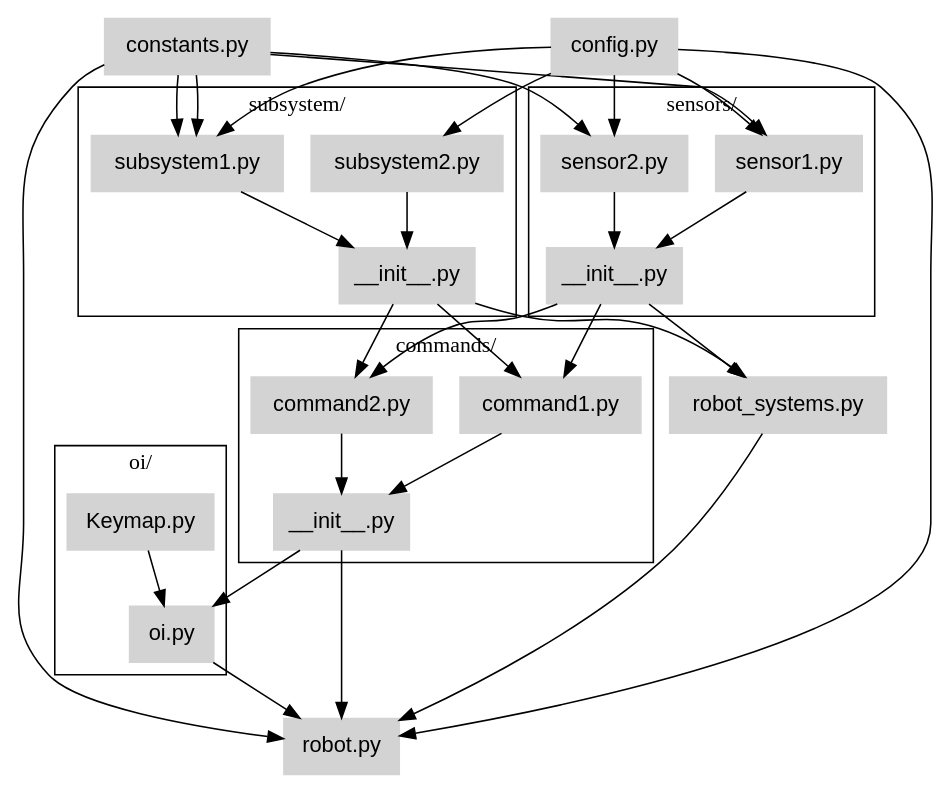
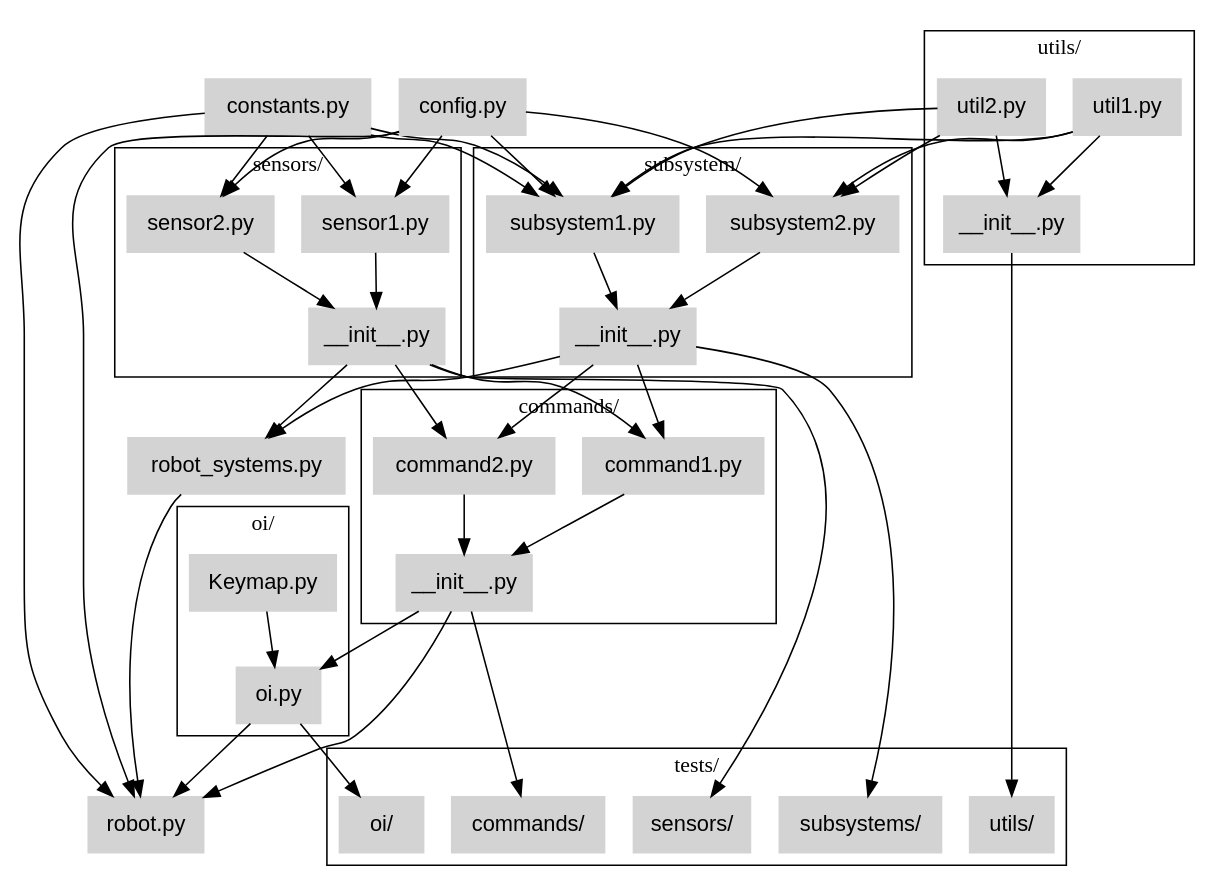
The diagram in docs/code/file_structure.rst (Choate-Robotics/Programming-SOPs), drawn with Graphviz before and after one commit.

```diff
--- a/docs/code/file_structure.rst
+++ b/docs/code/file_structure.rst
@@ -52,6 +52,25 @@
             // Add more example files in the sensors folder, if needed
         }
 
+        subgraph cluster_utils {
+            label="utils/"
+            utils [label="__init__.py"]
+            util1_py [label="util1.py"]
+            util2_py [label="util2.py"]
+            util1_py -> utils
+            util2_py -> utils
+            // Add more example files in the utils folder, if needed
+        }
+
+        subgraph cluster_tests {
+            label="tests/"
+            test_commands [label="commands/"]
+            test_subsystems [label="subsystems/"]
+            test_oi [label="oi/"]
+            test_sensors [label="sensors/"]
+            test_utils [label="utils/"]
+        }
+
 
 
         robot_py [label="robot.py"]
@@ -84,6 +103,20 @@
         // oi connections
         commands -> oi_py
 
+        // utils connections
+        util1_py -> subsystem1_py
+        util2_py -> subsystem1_py
+        util1_py -> subsystem2_py
+        util2_py -> subsystem2_py
+
+        //test connections
+        commands -> test_commands
+        subsystems -> test_subsystems
+        oi_py -> test_oi
+        sensors -> test_sensors
+        utils -> test_utils
+        
+
         // robot connections
         constants_py -> robot_py
         config_py -> robot_py
```
